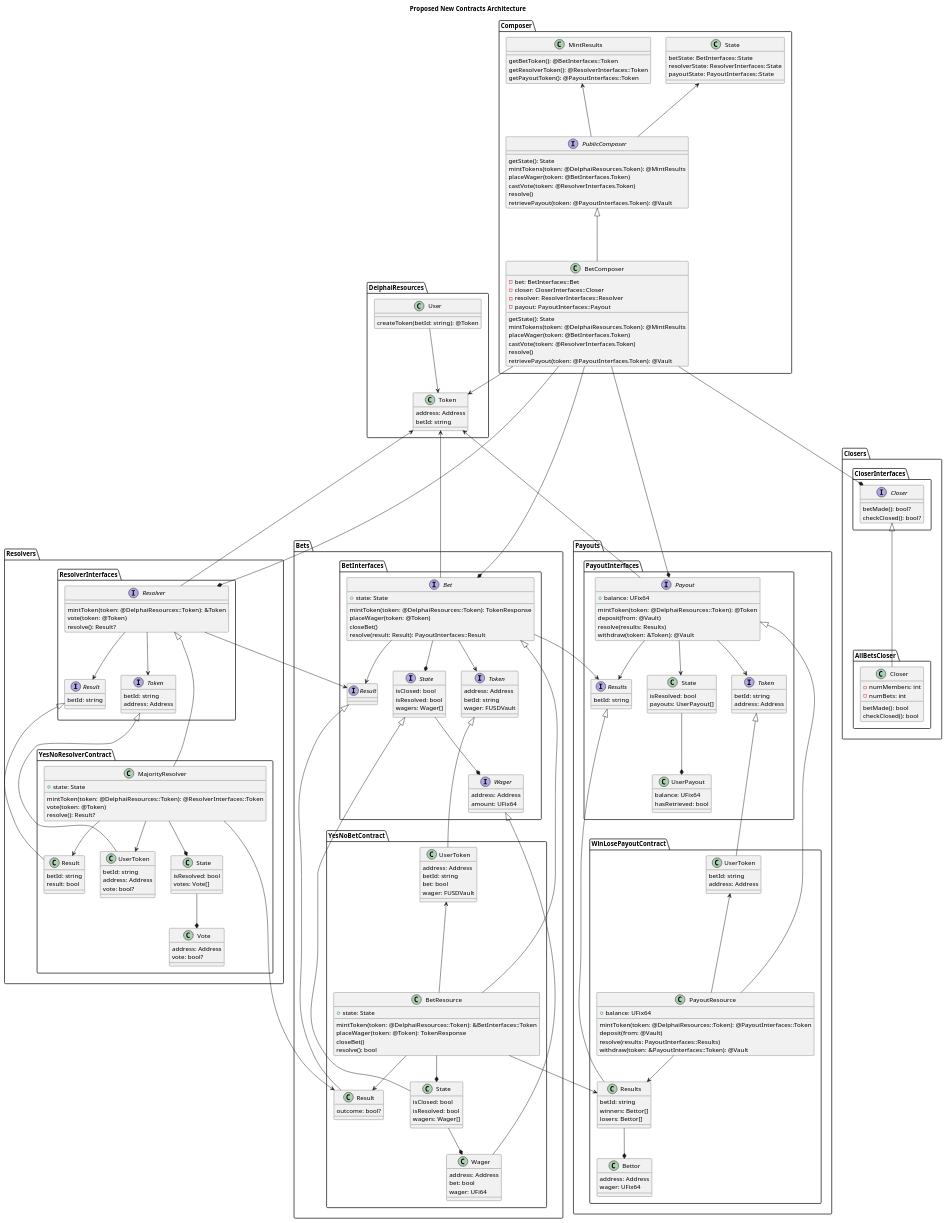
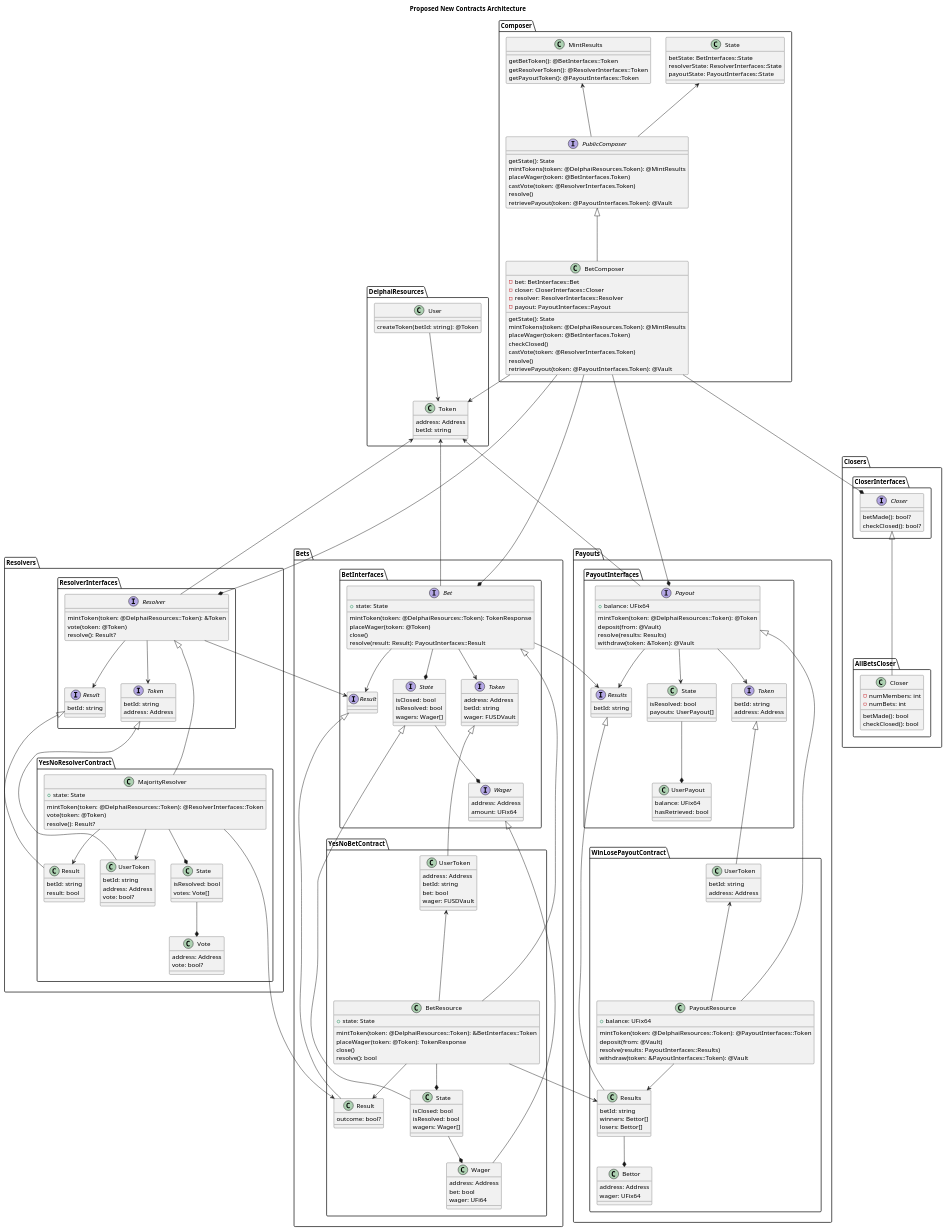
Before and after one commit to adhurjaty/prediction-app: the diagram in docs/Diagrams/src/Architecture/newContractArch.puml, drawn with PlantUML. The commit also changed 5 other files, not shown here.

```diff
--- a/docs/Diagrams/src/Architecture/newContractArch.puml
+++ b/docs/Diagrams/src/Architecture/newContractArch.puml
@@ -29,7 +29,7 @@
             + state: State
             mintToken(token: @DelphaiResources::Token): TokenResponse
             placeWager(token: @Token)
-            closeBet()
+            close()
             resolve(result: Result): PayoutInterfaces::Result
         }
     }
@@ -63,7 +63,7 @@
             
             mintToken(token: @DelphaiResources::Token): &BetInterfaces::Token
             placeWager(token: @Token): TokenResponse
-            closeBet()
+            close()
             resolve(): bool
         }
     }
@@ -235,6 +235,7 @@
         getState(): State
         mintTokens(token: @DelphaiResources.Token): @MintResults
         placeWager(token: @BetInterfaces.Token)
+        checkClosed()
         castVote(token: @ResolverInterfaces.Token)
         resolve()
         retrievePayout(token: @PayoutInterfaces.Token): @Vault
```
